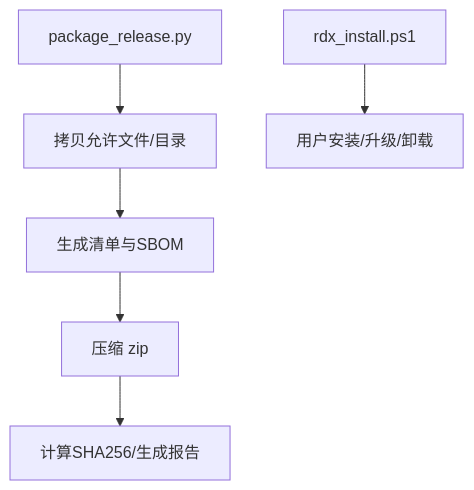
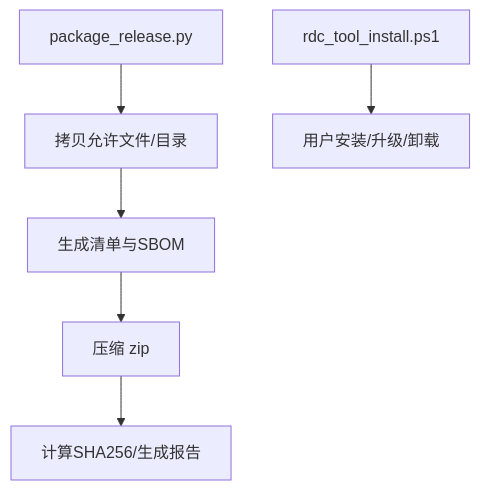
Before and after one commit to haolange/RDC-Tool: the sixth of 8 diagrams in .qoder/repowiki/zh/content/开发指南/开发指南.md, drawn with Mermaid. The commit also changed other lines of this file and 388 other files, not shown here.

First line of the commit message:
Release RDC-Tool identity and public maintenance surface

````diff
--- a/.qoder/repowiki/zh/content/开发指南/开发指南.md
+++ b/.qoder/repowiki/zh/content/开发指南/开发指南.md
@@ -228,8 +228,8 @@
 ```mermaid
 flowchart TD
 Pkg["package_release.py"] --> Copy["拷贝允许文件/目录"]
 Copy --> Meta["生成清单与SBOM"]
 Meta --> Zip["压缩 zip"]
 Zip --> Sum["计算SHA256/生成报告"]
-Install["rdx_install.ps1"] --> User["用户安装/升级/卸载"]
+Install["rdc_tool_install.ps1"] --> User["用户安装/升级/卸载"]
 ```
````
